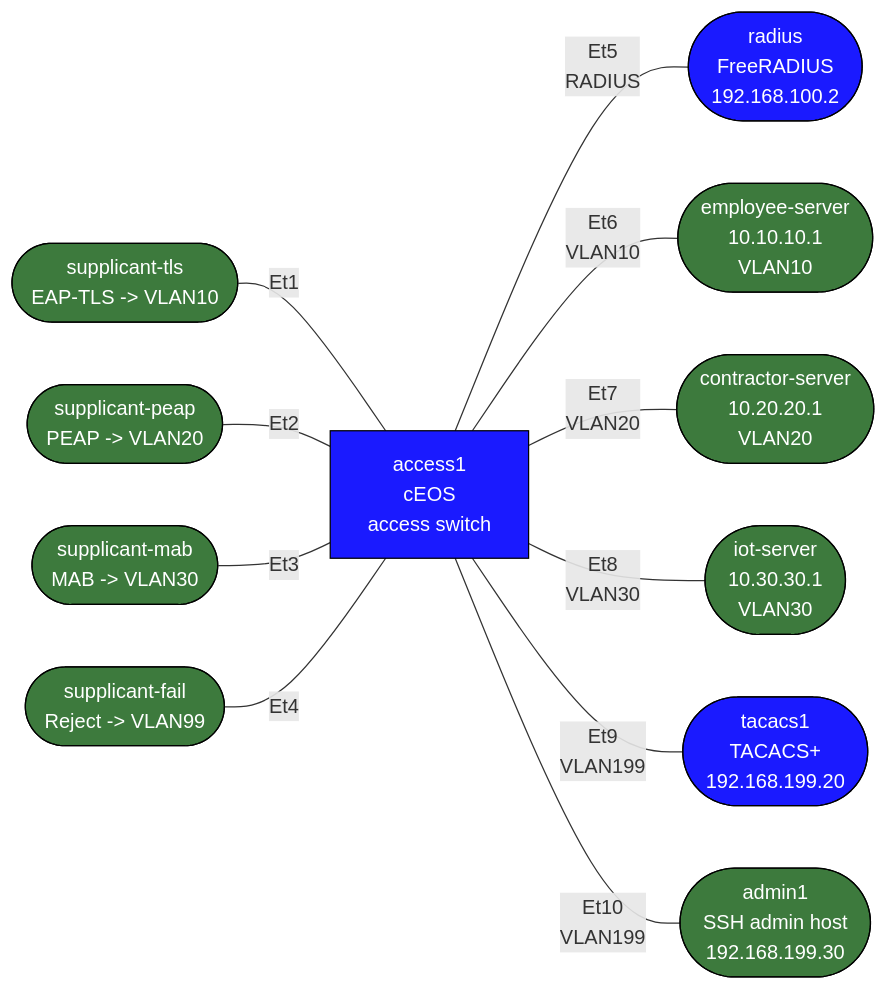
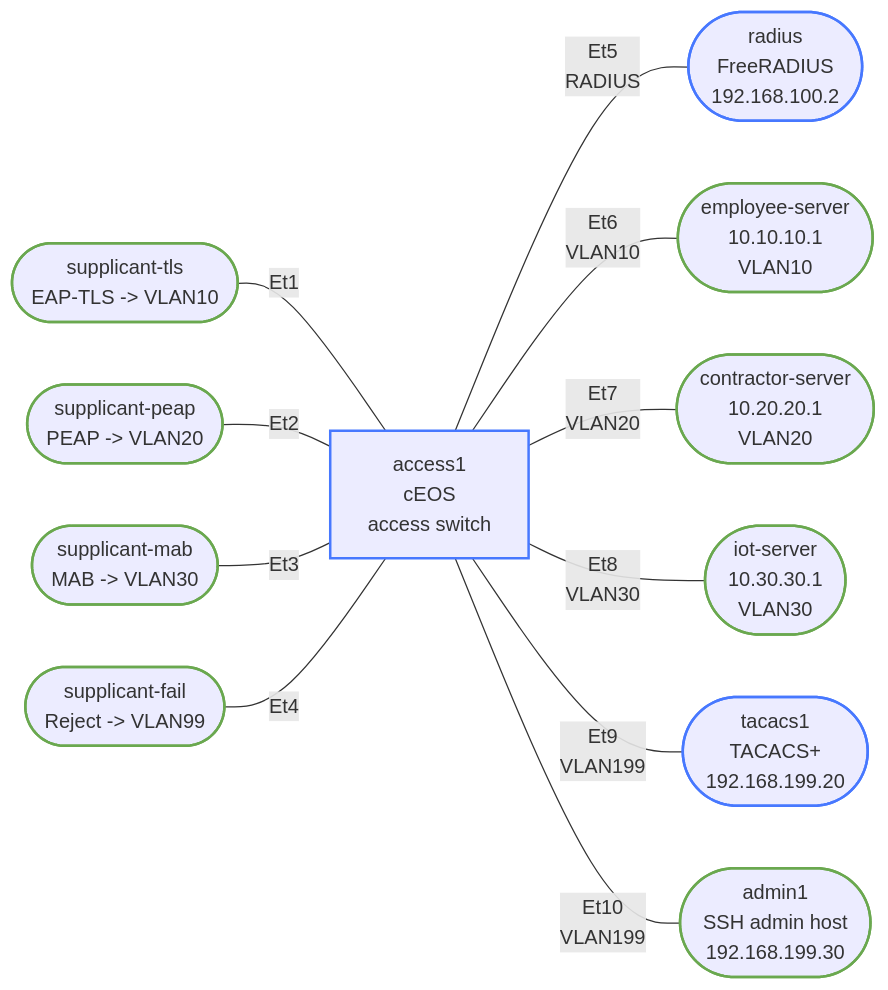
The diagram in labs/dot1x-ceos-practice/README.md (jschless/networkingLabs), drawn with Mermaid before and after one commit. The commit also changed 250 other files, not shown here.

Commit message:
Fix unreadable topology diagrams, convert ASCII art, publish assessments (#57)

````diff
--- a/labs/dot1x-ceos-practice/README.md
+++ b/labs/dot1x-ceos-practice/README.md
@@ -36,31 +36,31 @@
 ```mermaid
 flowchart LR
-    stls(["supplicant-tls\nEAP-TLS -> VLAN10"])
-    speap(["supplicant-peap\nPEAP -> VLAN20"])
-    smab(["supplicant-mab\nMAB -> VLAN30"])
-    sfail(["supplicant-fail\nReject -> VLAN99"])
-    access1["access1\ncEOS\naccess switch"]
-    radius(["radius\nFreeRADIUS\n192.168.100.2"])
-    tacacs(["tacacs1\nTACACS+\n192.168.199.20"])
-    admin(["admin1\nSSH admin host\n192.168.199.30"])
-    emp(["employee-server\n10.10.10.1\nVLAN10"])
-    con(["contractor-server\n10.20.20.1\nVLAN20"])
-    iot(["iot-server\n10.30.30.1\nVLAN30"])
+    stls(["supplicant-tls<br/>EAP-TLS -> VLAN10"])
+    speap(["supplicant-peap<br/>PEAP -> VLAN20"])
+    smab(["supplicant-mab<br/>MAB -> VLAN30"])
+    sfail(["supplicant-fail<br/>Reject -> VLAN99"])
+    access1["access1<br/>cEOS<br/>access switch"]
+    radius(["radius<br/>FreeRADIUS<br/>192.168.100.2"])
+    tacacs(["tacacs1<br/>TACACS+<br/>192.168.199.20"])
+    admin(["admin1<br/>SSH admin host<br/>192.168.199.30"])
+    emp(["employee-server<br/>10.10.10.1<br/>VLAN10"])
+    con(["contractor-server<br/>10.20.20.1<br/>VLAN20"])
+    iot(["iot-server<br/>10.30.30.1<br/>VLAN30"])
 
     stls -- "Et1" --- access1
     speap -- "Et2" --- access1
     smab -- "Et3" --- access1
     sfail -- "Et4" --- access1
-    access1 -- "Et5\nRADIUS" --- radius
-    access1 -- "Et6\nVLAN10" --- emp
-    access1 -- "Et7\nVLAN20" --- con
-    access1 -- "Et8\nVLAN30" --- iot
-    access1 -- "Et9\nVLAN199" --- tacacs
-    access1 -- "Et10\nVLAN199" --- admin
+    access1 -- "Et5<br/>RADIUS" --- radius
+    access1 -- "Et6<br/>VLAN10" --- emp
+    access1 -- "Et7<br/>VLAN20" --- con
+    access1 -- "Et8<br/>VLAN30" --- iot
+    access1 -- "Et9<br/>VLAN199" --- tacacs
+    access1 -- "Et10<br/>VLAN199" --- admin
 
-    classDef router fill:#1a1aff,color:#fff,stroke:#000
-    classDef host fill:#3d7a3d,color:#fff,stroke:#000
+    classDef router stroke:#4778ff,stroke-width:2px
+    classDef host stroke:#6aa84f,stroke-width:2px
 
     class access1,radius,tacacs router
     class stls,speap,smab,sfail,admin,emp,con,iot host
 ```
````
